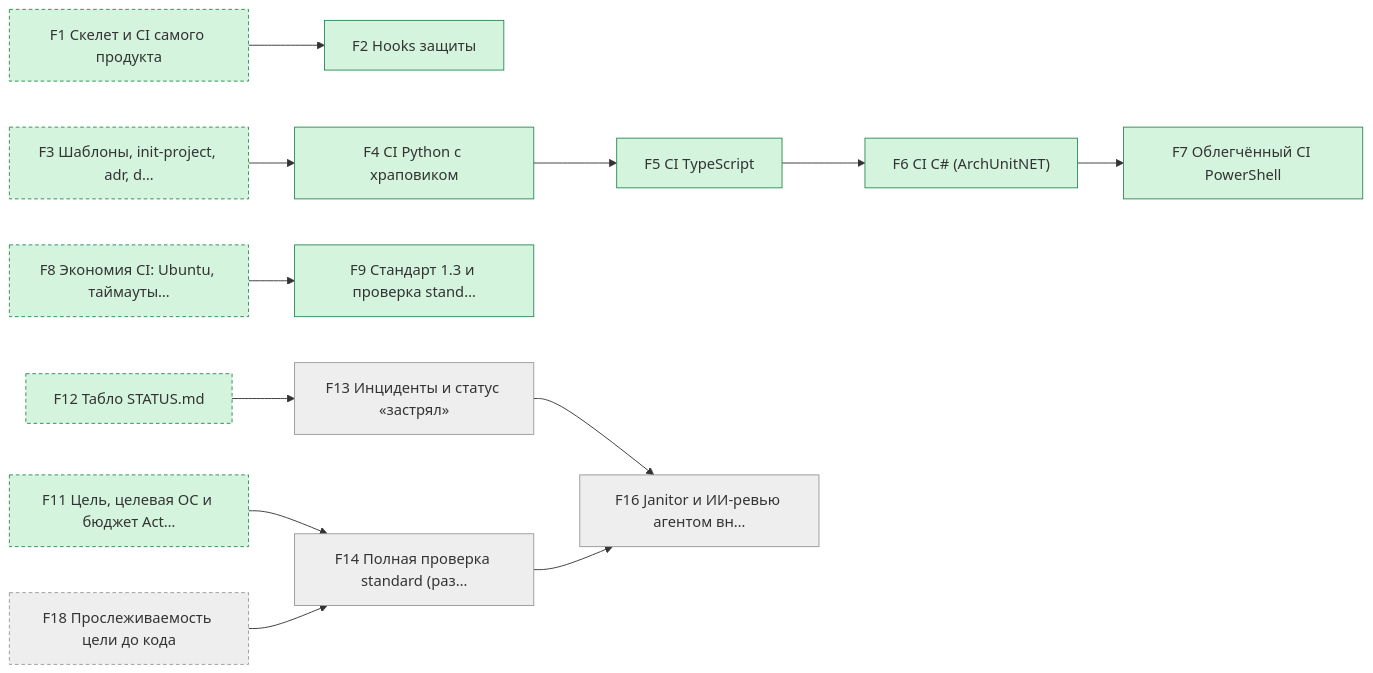
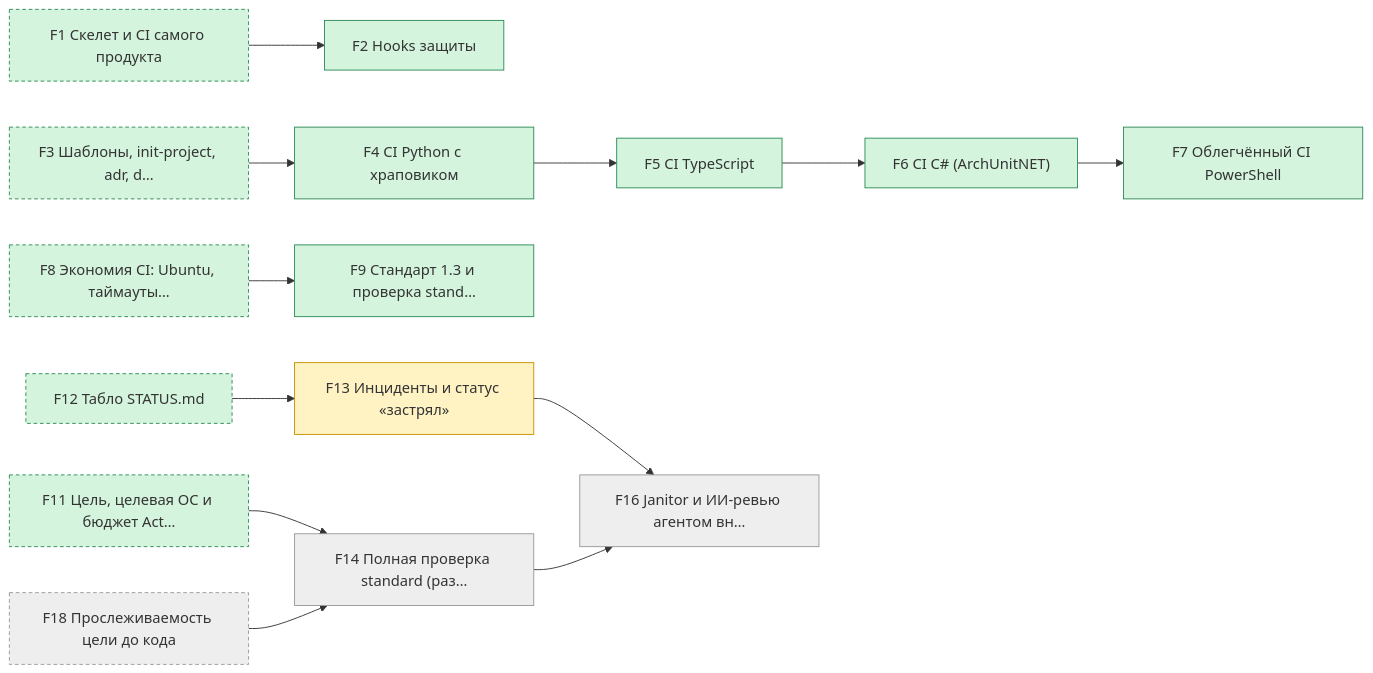
One commit to pete-doc/project-architect changed the second of 6 diagrams in state/STATUS.md. Above: the diagram before and after it, drawn with Mermaid. The commit also changed other lines of this file and 2 other files, not shown here.

````diff
--- a/state/STATUS.md
+++ b/state/STATUS.md
@@ -60,37 +60,38 @@
 ```mermaid
 graph LR
   F2["F2 Hooks защиты"]
   F4["F4 CI Python с храповиком"]
   F5["F5 CI TypeScript"]
   F6["F6 CI C# (ArchUnitNET)"]
   F7["F7 Облегчённый CI PowerShell"]
   F9["F9 Стандарт 1.3 и проверка stand…"]
   F13["F13 Инциденты и статус «застрял»"]
   F14["F14 Полная проверка standard (раз…"]
   F16["F16 Janitor и ИИ-ревью агентом вн…"]
   F1["F1 Скелет и CI самого продукта"]
   F3["F3 Шаблоны, init-project, adr, d…"]
   F8["F8 Экономия CI: Ubuntu, таймауты…"]
   F12["F12 Табло STATUS.md"]
   F11["F11 Цель, целевая ОС и бюджет Act…"]
   F18["F18 Прослеживаемость цели до кода"]
   F1 --> F2
   F3 --> F4
   F4 --> F5
   F5 --> F6
   F6 --> F7
   F8 --> F9
   F12 --> F13
   F11 --> F14
   F18 --> F14
   F13 --> F16
   F14 --> F16
   classDef done fill:#d4f4dd,stroke:#2e8b57
   classDef work fill:#fff3c4,stroke:#c79100
   classDef blocked fill:#ffd6d6,stroke:#c0392b
   classDef later fill:#eeeeee,stroke:#999999
   classDef outside stroke-dasharray: 4 3
   class F2,F4,F5,F6,F7,F9,F1,F3,F8,F12,F11 done
-  class F13,F14,F16,F18 later
+  class F13 work
+  class F14,F16,F18 later
   class F1,F3,F8,F12,F11,F18 outside
 ```
````
